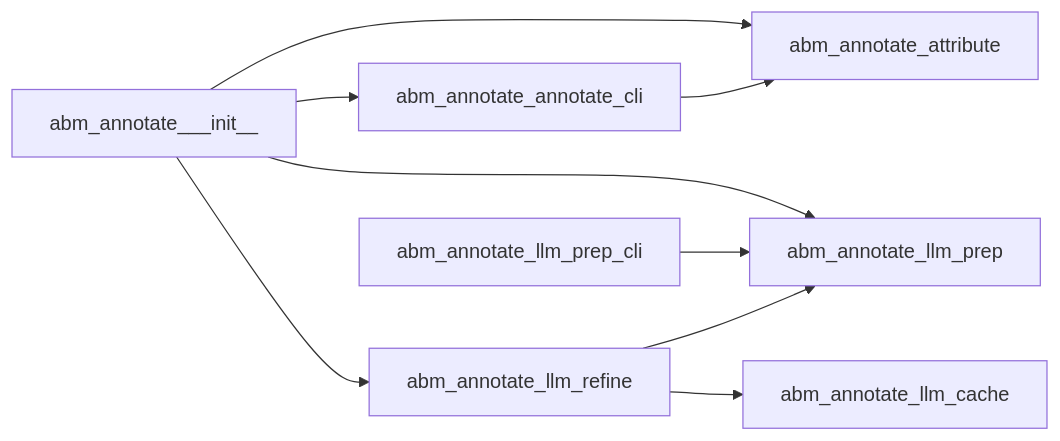
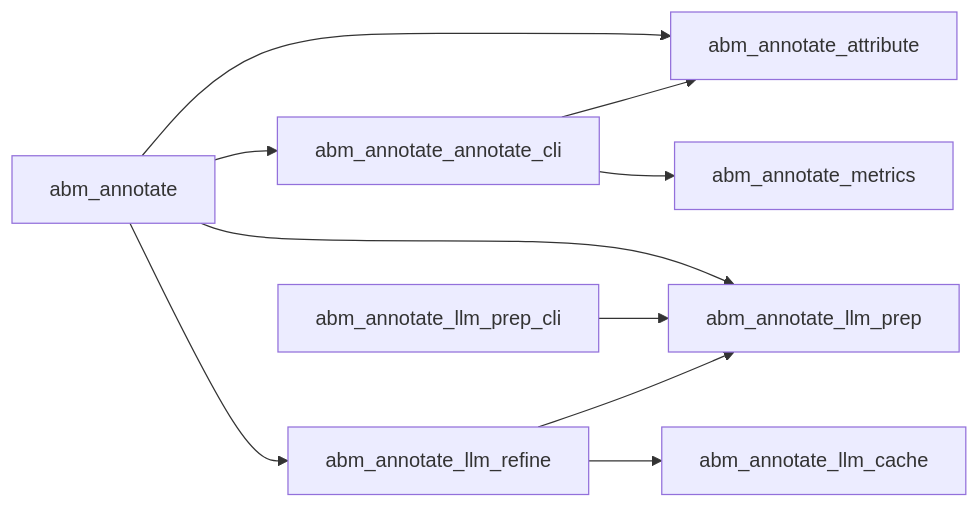
The diagram in docs/chat_seed/CHAT_SEED_FULL.md (jwardwell7077/agent-audiobook-maker), drawn with Mermaid before and after one commit. The commit also changed 24 other files, not shown here.

````diff
--- a/docs/chat_seed/CHAT_SEED_FULL.md
+++ b/docs/chat_seed/CHAT_SEED_FULL.md
@@ -7,11 +7,12 @@
 ```mermaid
 graph LR
-abm_annotate___init__-->abm_annotate_annotate_cli
-abm_annotate___init__-->abm_annotate_attribute
-abm_annotate___init__-->abm_annotate_llm_prep
-abm_annotate___init__-->abm_annotate_llm_refine
+abm_annotate-->abm_annotate_annotate_cli
+abm_annotate-->abm_annotate_attribute
+abm_annotate-->abm_annotate_llm_prep
+abm_annotate-->abm_annotate_llm_refine
 abm_annotate_annotate_cli-->abm_annotate_attribute
+abm_annotate_annotate_cli-->abm_annotate_metrics
 abm_annotate_llm_prep_cli-->abm_annotate_llm_prep
 abm_annotate_llm_refine-->abm_annotate_llm_cache
 abm_annotate_llm_refine-->abm_annotate_llm_prep
 ```
````
